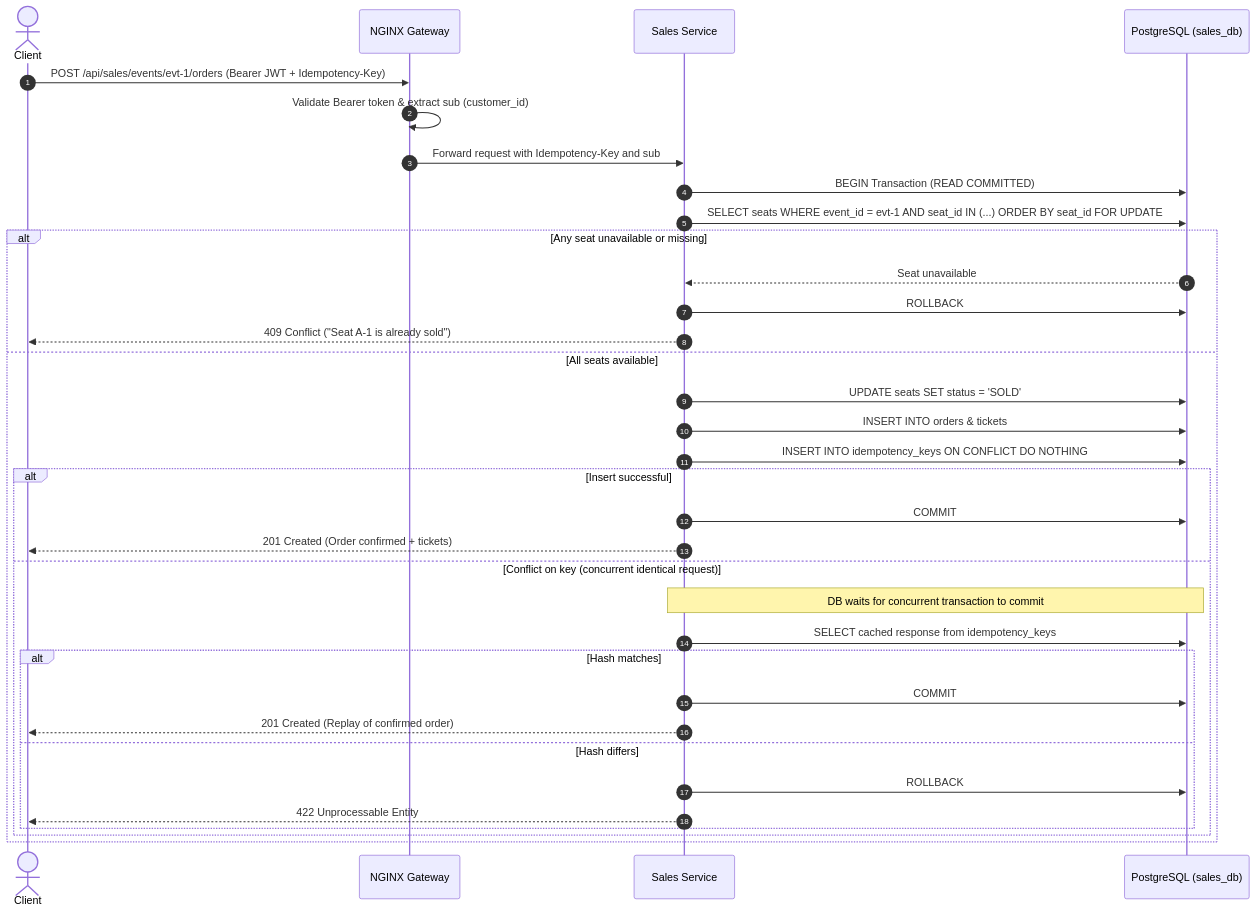
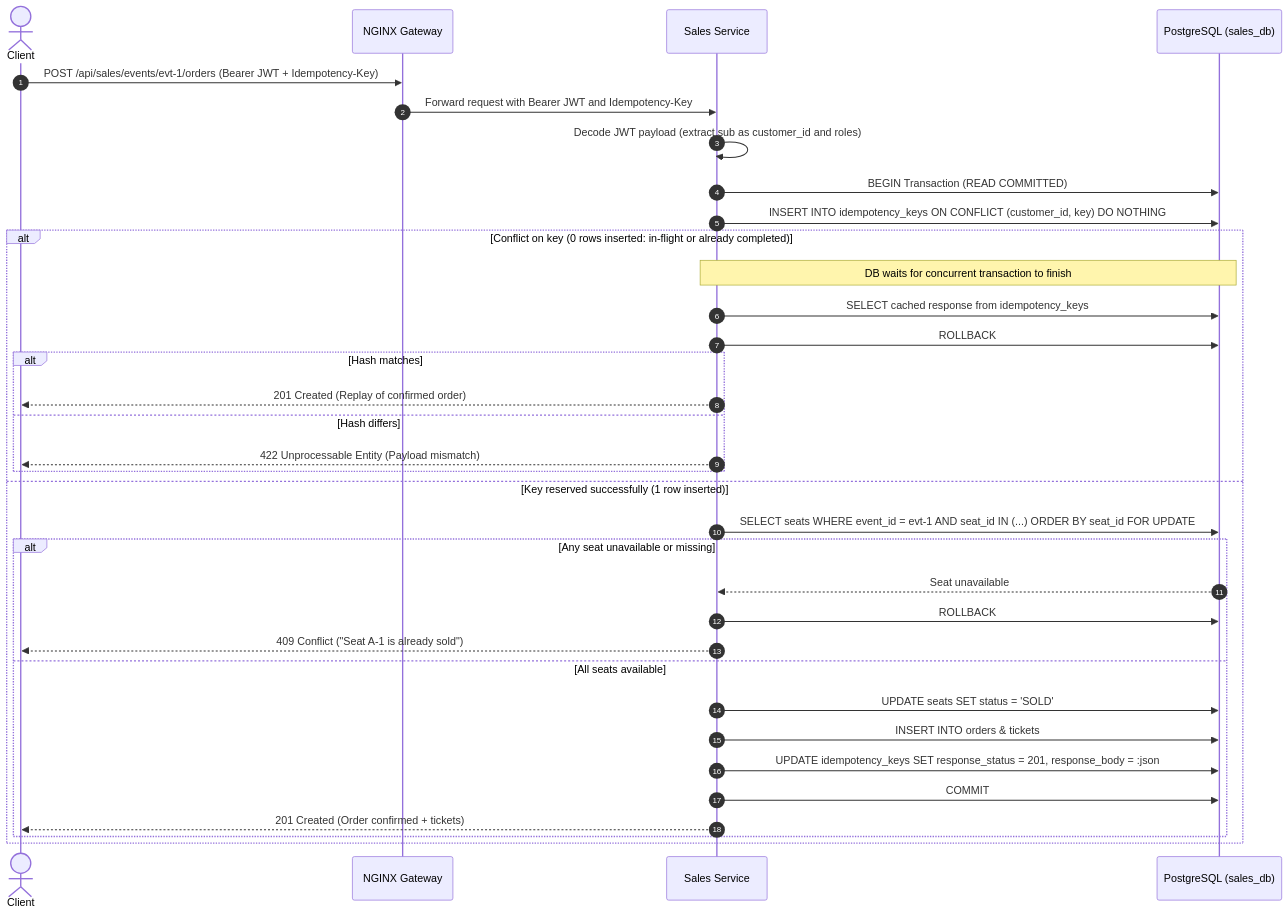
The diagram in openspec/changes/e1-idempotent-purchase/design.md (ticketera-topicos2-2026/ticketera), drawn with Mermaid before and after one commit. The commit also changed other lines of this file and 3 other files, not shown here.

Commit message:
docs(sales): refine idempotency reservation flow and openapi security (Refs #31)

````diff
--- a/openspec/changes/e1-idempotent-purchase/design.md
+++ b/openspec/changes/e1-idempotent-purchase/design.md
@@ -184,37 +196,37 @@
 ```mermaid
 sequenceDiagram
     autonumber
     actor Client
     participant Gateway as NGINX Gateway
     participant Sales as Sales Service
     participant DB as PostgreSQL (sales_db)
 
     Client->>Gateway: POST /api/sales/events/evt-1/orders (Bearer JWT + Idempotency-Key)
-    Gateway->>Gateway: Validate Bearer token & extract sub (customer_id)
-    Gateway->>Sales: Forward request with Idempotency-Key and sub
+    Gateway->>Sales: Forward request with Bearer JWT and Idempotency-Key
+    Sales->>Sales: Decode JWT payload (extract sub as customer_id and roles)
     Sales->>DB: BEGIN Transaction (READ COMMITTED)
-    Sales->>DB: SELECT seats WHERE event_id = evt-1 AND seat_id IN (...) ORDER BY seat_id FOR UPDATE
-    alt Any seat unavailable or missing
-        DB-->>Sales: Seat unavailable
+    Sales->>DB: INSERT INTO idempotency_keys ON CONFLICT (customer_id, key) DO NOTHING
+    alt Conflict on key (0 rows inserted: in-flight or already completed)
+        Note over Sales,DB: DB waits for concurrent transaction to finish
+        Sales->>DB: SELECT cached response from idempotency_keys
         Sales->>DB: ROLLBACK
-        Sales-->>Client: 409 Conflict ("Seat A-1 is already sold")
-    else All seats available
-        Sales->>DB: UPDATE seats SET status = 'SOLD'
-        Sales->>DB: INSERT INTO orders & tickets
-        Sales->>DB: INSERT INTO idempotency_keys ON CONFLICT DO NOTHING
-        alt Insert successful
+        alt Hash matches
+            Sales-->>Client: 201 Created (Replay of confirmed order)
+        else Hash differs
+            Sales-->>Client: 422 Unprocessable Entity (Payload mismatch)
+        end
+    else Key reserved successfully (1 row inserted)
+        Sales->>DB: SELECT seats WHERE event_id = evt-1 AND seat_id IN (...) ORDER BY seat_id FOR UPDATE
+        alt Any seat unavailable or missing
+            DB-->>Sales: Seat unavailable
+            Sales->>DB: ROLLBACK
+            Sales-->>Client: 409 Conflict ("Seat A-1 is already sold")
+        else All seats available
+            Sales->>DB: UPDATE seats SET status = 'SOLD'
+            Sales->>DB: INSERT INTO orders & tickets
+            Sales->>DB: UPDATE idempotency_keys SET response_status = 201, response_body = :json
             Sales->>DB: COMMIT
             Sales-->>Client: 201 Created (Order confirmed + tickets)
-        else Conflict on key (concurrent identical request)
-            Note over Sales,DB: DB waits for concurrent transaction to commit
-            Sales->>DB: SELECT cached response from idempotency_keys
-            alt Hash matches
-                Sales->>DB: COMMIT
-                Sales-->>Client: 201 Created (Replay of confirmed order)
-            else Hash differs
-                Sales->>DB: ROLLBACK
-                Sales-->>Client: 422 Unprocessable Entity
-            end
         end
     end
 ```
````
